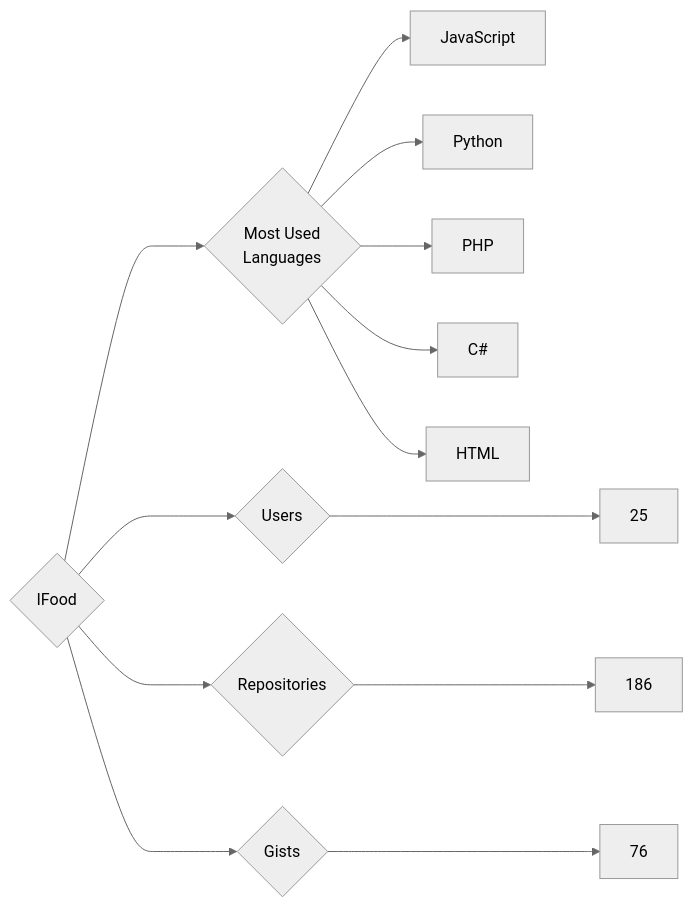
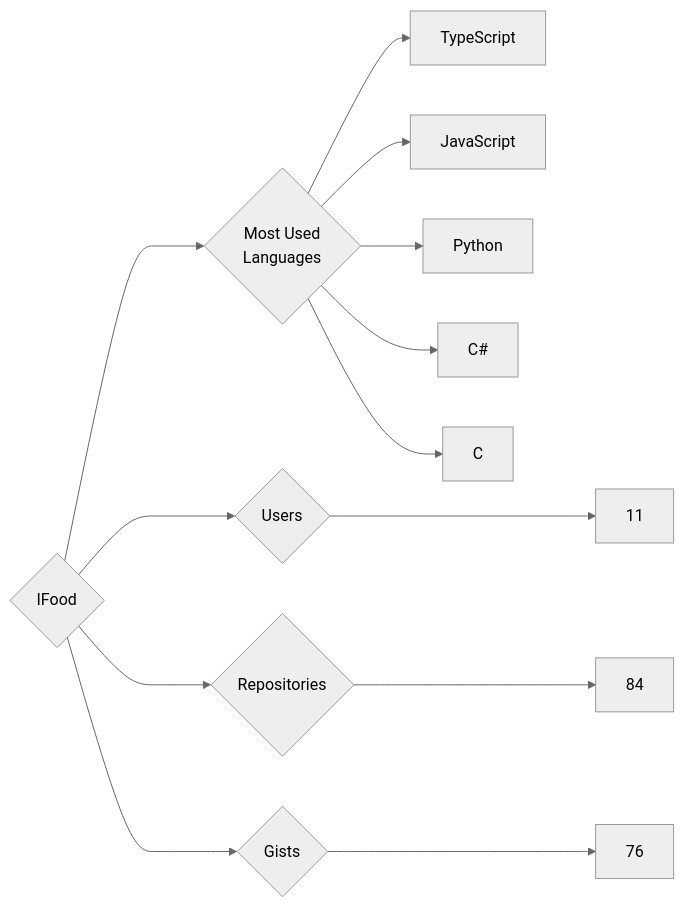
Before and after one commit to trickest/insiders: the diagram in targets/IFood/README.md, drawn with Mermaid (neutral theme). The commit also changed 679 other files, not shown here.

````diff
--- a/targets/IFood/README.md
+++ b/targets/IFood/README.md
@@ -3,13 +3,13 @@
 ```mermaid
 graph LR
 COMPANY_NAME{IFood}
-COMPANY_NAME ---> U{Users} ---> UN[25]
-COMPANY_NAME ---> R{Repositories} ---> RN[186]
+COMPANY_NAME ---> U{Users} ---> UN[11]
+COMPANY_NAME ---> R{Repositories} ---> RN[84]
 COMPANY_NAME ---> G{Gists} ---> GN[76]
 COMPANY_NAME ---> ML{Most Used<br>Languages}
+ML --> TypeScript[TypeScript]
 ML --> JavaScript[JavaScript]
 ML --> Python[Python]
-ML --> PHP[PHP]
 ML --> C#[C#]
-ML --> HTML[HTML]
+ML --> C[C]
 ```
````
